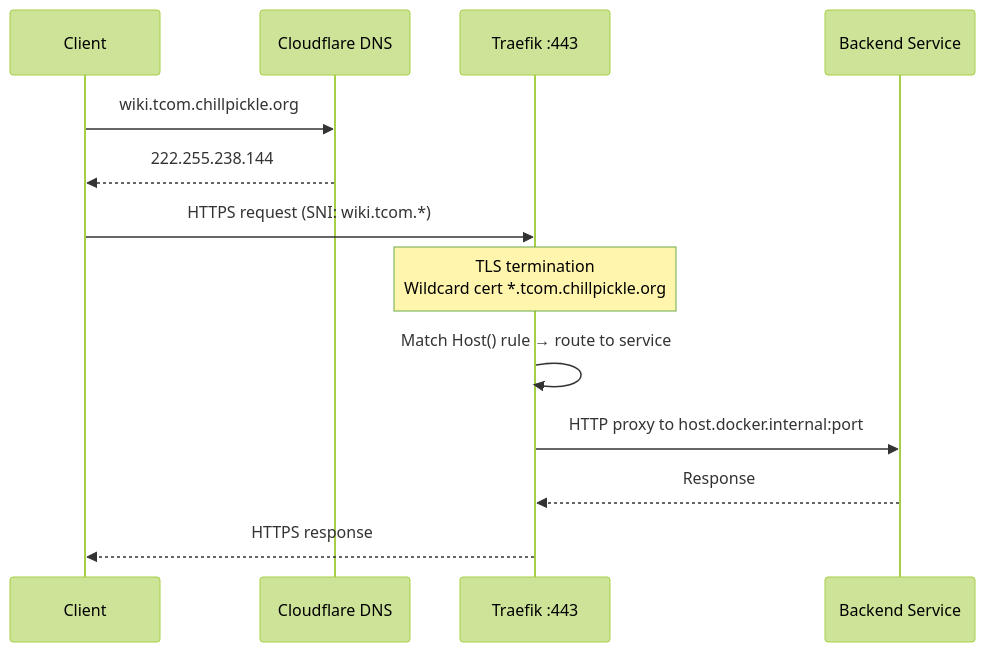
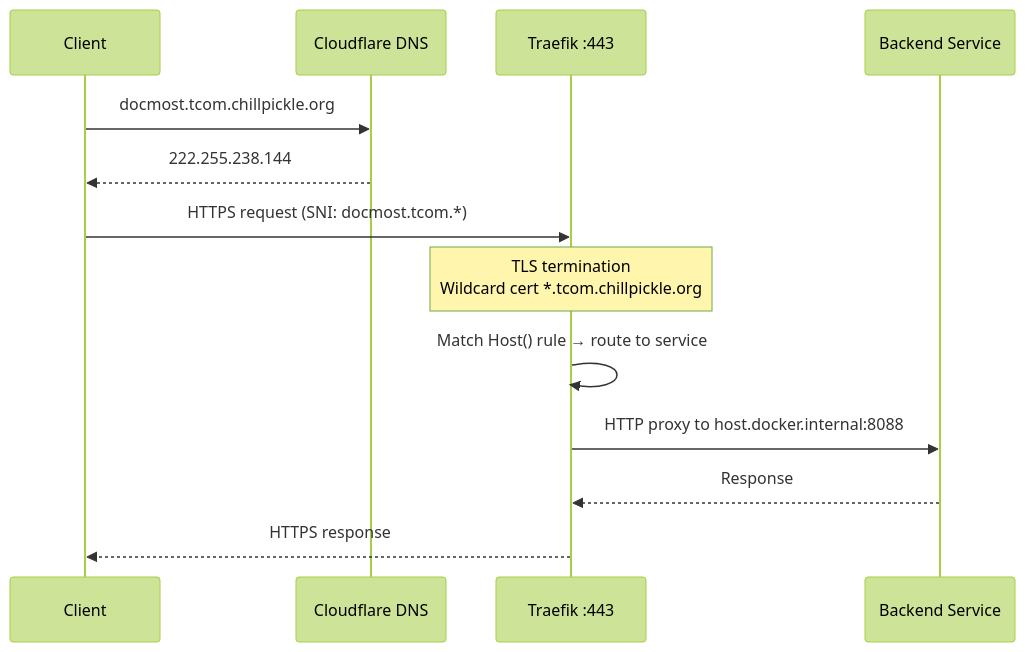
The second of 4 diagrams in docs/infrastructure.md (chill-pickle/vps-000), drawn with Mermaid (forest theme) before and after one commit. The commit also changed other lines of this file and 14 other files, not shown here.

````diff
--- a/docs/infrastructure.md
+++ b/docs/infrastructure.md
@@ -85,17 +41,17 @@
 ```mermaid
 sequenceDiagram
     participant C as Client
     participant CF as Cloudflare DNS
     participant T as Traefik :443
     participant S as Backend Service
 
-    C->>CF: wiki.tcom.chillpickle.org
+    C->>CF: docmost.tcom.chillpickle.org
     CF-->>C: 222.255.238.144
 
-    C->>T: HTTPS request (SNI: wiki.tcom.*)
+    C->>T: HTTPS request (SNI: docmost.tcom.*)
     Note over T: TLS termination<br/>Wildcard cert *.tcom.chillpickle.org
     T->>T: Match Host() rule → route to service
-    T->>S: HTTP proxy to host.docker.internal:port
+    T->>S: HTTP proxy to host.docker.internal:8088
     S-->>T: Response
     T-->>C: HTTPS response
 ```
````
